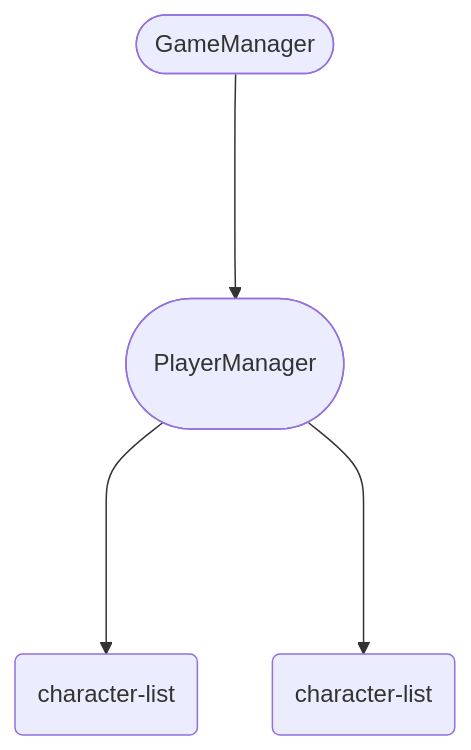
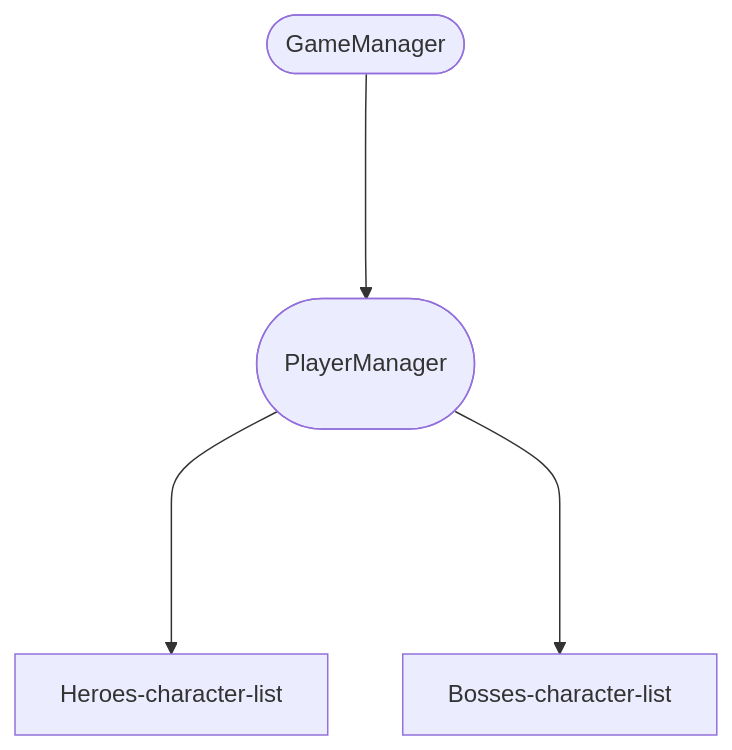
The first of 2 diagrams in .github/Readme.md (r0nd0ud0u/lib-rpg), drawn with Mermaid before and after one commit. The commit also changed other lines of this file and 19 other files, not shown here.

````diff
--- a/.github/Readme.md
+++ b/.github/Readme.md
@@ -23,12 +23,12 @@
 ```mermaid
 
 flowchart TB
 
 GameManager([GameManager])
 PlayerManager([<br>PlayerManager<br><br>])
 
 GameManager-- <br> ---->PlayerManager
-PlayerManager-- <br> ---->Heroes(character-list)
-PlayerManager-- <br> ---->Bosses(character-list)
+PlayerManager-- <br> ---->Heroes-character-list
+PlayerManager-- <br> ---->Bosses-character-list
 
 ```
````
